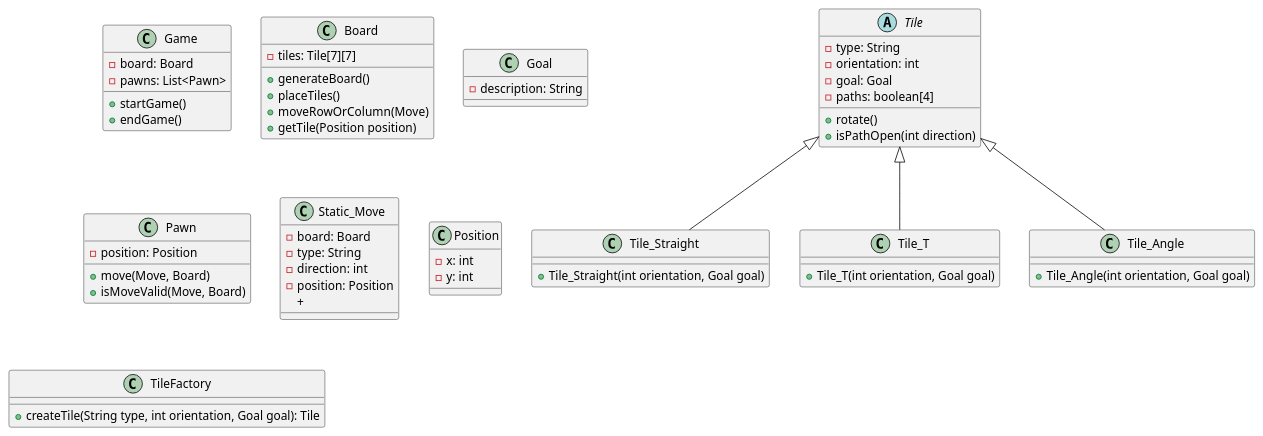
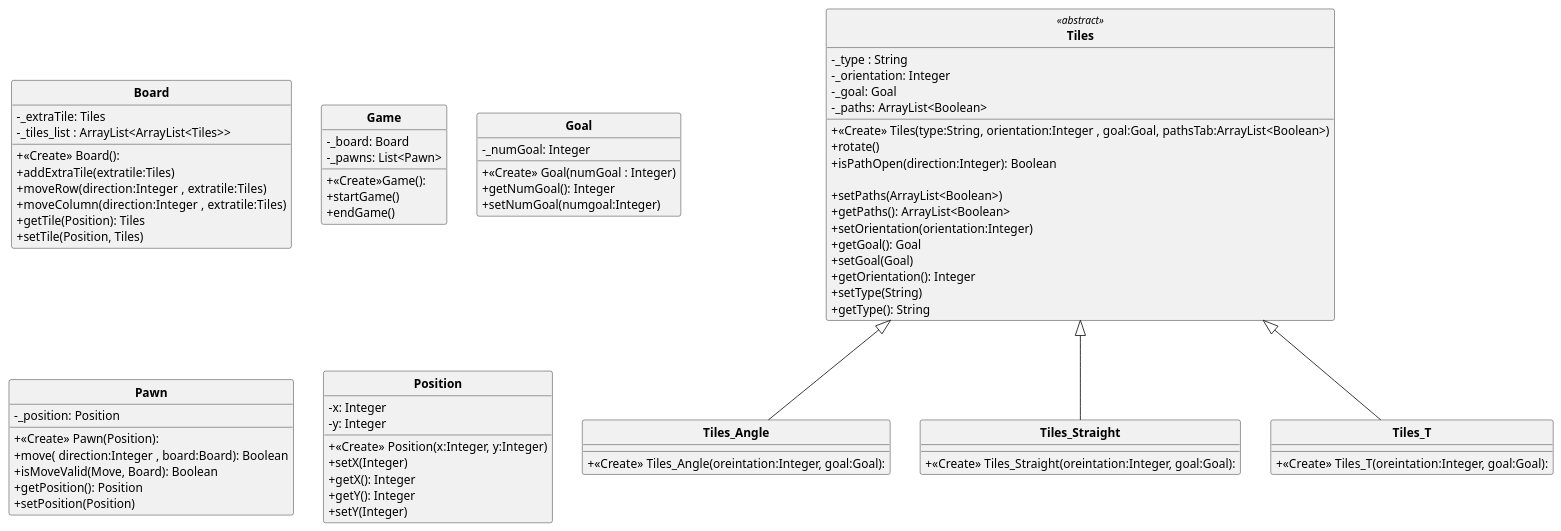
The diagram in UML1.puml (DLR-coding/Labyrinthe-Java), drawn with PlantUML before and after one commit. The commit also changed 8 other files, not shown here.

Commit message:
- UML sans les liens entre classes - class Move supprimé , méthodes move() dans les classes elles mm pcq clc

```diff
--- a/UML1.puml
+++ b/UML1.puml
@@ -1,71 +1,86 @@
 @startuml
 
+'https://plantuml.com/class-diagram
+skinparam classAttributeIconSize 0
+skinparam classFontStyle Bold
+skinparam style strictuml
+
+class Board {
+  - _extraTile: Tiles
+  - _tiles_list : ArrayList<ArrayList<Tiles>>
+  + <<Create>> Board():
+  + addExtraTile(extratile:Tiles)
+  + moveRow(direction:Integer  , extratile:Tiles)
+  + moveColumn(direction:Integer  , extratile:Tiles)
+  + getTile(Position): Tiles
+  + setTile(Position, Tiles)
+}
+
 class Game {
-  - board: Board
-  - pawns: List<Pawn>
+  + <<Create>>Game():
+  - _board: Board
+  - _pawns: List<Pawn>
   + startGame()
   + endGame()
-}
 
-class Board {
-  - tiles: Tile[7][7]
-  + generateBoard()
-  + placeTiles()
-  + moveRowOrColumn(Move)
-  + getTile(Position position)
-}
-
-abstract class Tile {
-  - type: String
-  - orientation: int
-  - goal: Goal
-  - paths: boolean[4]
-  + rotate()
-  + isPathOpen(int direction)
-}
-
-class Tile_Straight {
-  + Tile_Straight(int orientation, Goal goal)
-}
-
-class Tile_T {
-  + Tile_T(int orientation, Goal goal)
-}
-
-class Tile_Angle {
-  + Tile_Angle(int orientation, Goal goal)
 }
 
 class Goal {
-  - description: String
-}
-
-class Pawn {
-  - position: Position
-  + move(Move, Board)
-  + isMoveValid(Move, Board)
-}
-
-class Static_Move {
-  - board: Board
-  - type: String
-  - direction: int
-  - position: Position
-  +
-}
-
-class Position {
-  - x: int
-  - y: int
-}
-
- class TileFactory {
-  + createTile(String type, int orientation, Goal goal): Tile
+  - _numGoal: Integer
+  + <<Create>> Goal(numGoal : Integer)
+  + getNumGoal(): Integer
+  + setNumGoal(numgoal:Integer)
 }
 
 
-Tile <|-- Tile_Straight
-Tile <|-- Tile_T
-Tile <|-- Tile_Angle
+
+class Pawn {
+
+  - _position: Position
+  + <<Create>> Pawn(Position):
+  + move( direction:Integer , board:Board): Boolean
+  + isMoveValid(Move, Board): Boolean
+  + getPosition(): Position
+  + setPosition(Position)
+}
+class Position {
+    - x: Integer
+  - y: Integer
+  + <<Create>> Position(x:Integer, y:Integer)
+  + setX(Integer)
+  + getX(): Integer
+  + getY(): Integer
+  + setY(Integer)
+}
+class Tiles <<abstract>> {
+    - _type : String
+  -  _orientation: Integer
+  -  _goal: Goal
+  -  _paths: ArrayList<Boolean>
+  + <<Create>> Tiles(type:String, orientation:Integer , goal:Goal, pathsTab:ArrayList<Boolean>)
+  + rotate()
+    + isPathOpen(direction:Integer): Boolean
+
+  + setPaths(ArrayList<Boolean>)
+  + getPaths(): ArrayList<Boolean>
+  + setOrientation(orientation:Integer)
+  + getGoal(): Goal
+  + setGoal(Goal)
+  + getOrientation(): Integer
+  + setType(String)
+  + getType(): String
+}
+class Tiles_Angle extends Tiles {
+  + <<Create>> Tiles_Angle(oreintation:Integer, goal:Goal):
+}
+class Tiles_Straight extends Tiles {
+  + <<Create>> Tiles_Straight(oreintation:Integer, goal:Goal):
+}
+
+class Tiles_T extends Tiles {
+  + <<Create>> Tiles_T(oreintation:Integer, goal:Goal):
+}
+
+
 
 @enduml
```
